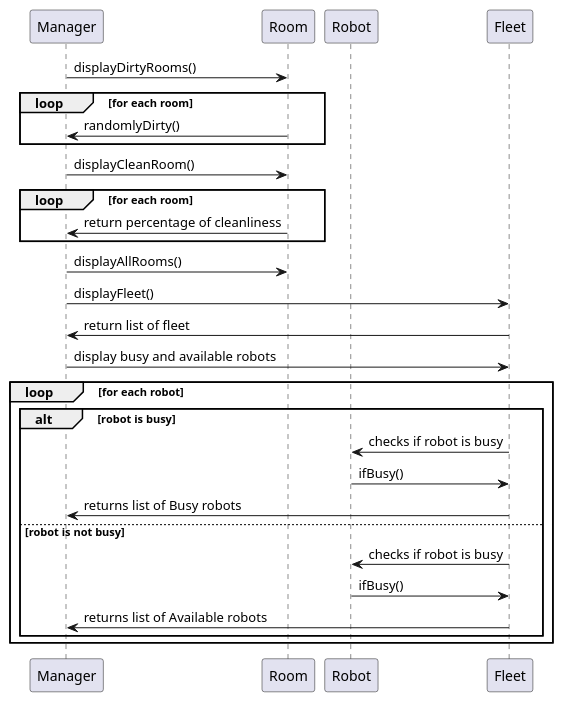
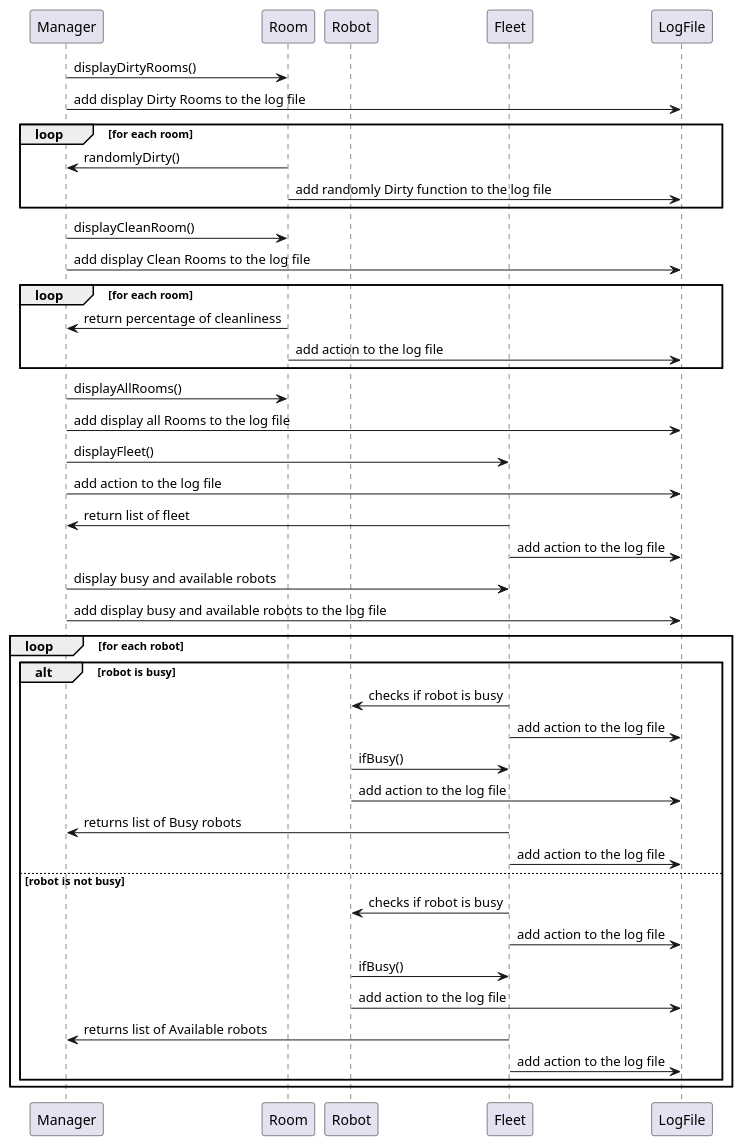
The diagram in docs/design/sequencediagram/SequenceDiagram3.puml (ur-cs-courses/course-project-catch-up), drawn with PlantUML before and after one commit. The commit also changed 6 other files, not shown here.

```diff
--- a/docs/design/sequencediagram/SequenceDiagram3.puml
+++ b/docs/design/sequencediagram/SequenceDiagram3.puml
@@ -1,39 +1,56 @@
 @startuml SequenceDiagram3
 
 'Manager uses all display functions just to check in
 participant Manager 
 
 participant Room
 
 participant Robot 
 
 participant Fleet
 
+participant LogFile
+
 Manager -> Room : displayDirtyRooms()
+Manager -> LogFile : add display Dirty Rooms to the log file
+
 loop for each room
     Room -> Manager : randomlyDirty()
+    Room -> LogFile : add randomly Dirty function to the log file
 end 
 
 Manager -> Room : displayCleanRoom()
+Manager -> LogFile : add display Clean Rooms to the log file
 loop for each room
     Room -> Manager: return percentage of cleanliness
+    Room -> LogFile : add action to the log file
 end 
 
 Manager -> Room : displayAllRooms()
+Manager -> LogFile : add display all Rooms to the log file
 
 Manager -> Fleet : displayFleet()
+Manager -> LogFile : add action to the log file
 Fleet -> Manager : return list of fleet
+Fleet -> LogFile : add action to the log file
 
 Manager -> Fleet : display busy and available robots
+Manager -> LogFile : add display busy and available robots to the log file
 loop for each robot
     alt robot is busy
         Fleet -> Robot : checks if robot is busy
+        Fleet -> LogFile : add action to the log file
         Robot -> Fleet : ifBusy()
+        Robot -> LogFile : add action to the log file
         Fleet -> Manager : returns list of Busy robots
+        Fleet -> LogFile : add action to the log file
     else robot is not busy
         Fleet -> Robot : checks if robot is busy
+        Fleet -> LogFile : add action to the log file
         Robot -> Fleet : ifBusy()
+        Robot-> LogFile : add action to the log file
         Fleet -> Manager : returns list of Available robots
+        Fleet -> LogFile : add action to the log file
     end
 end
 @enduml 
```
